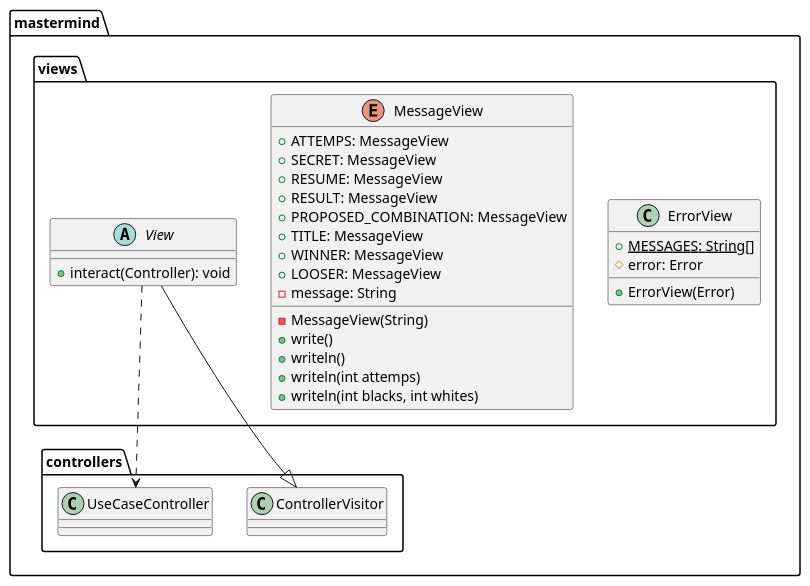
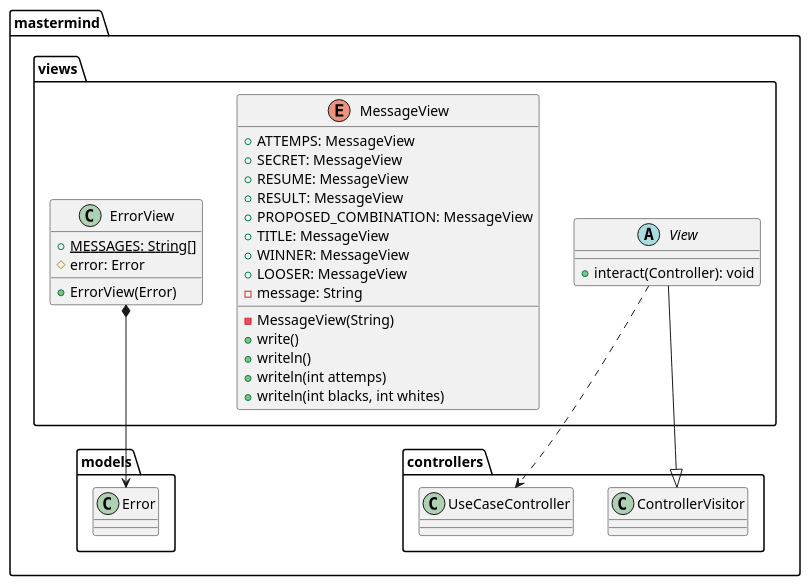
The diagram in docs/paqueteMastermindViews.iuml (jprieto92/mastermind-withDoubleDispatching), drawn with PlantUML before and after one commit. The commit also changed 1 other file, not shown here.

Commit message:
Fix ErrorView association

```diff
--- a/docs/paqueteMastermindViews.iuml
+++ b/docs/paqueteMastermindViews.iuml
@@ -1,30 +1,31 @@
 @startuml
 class  mastermind.views.ErrorView{
 + {static} MESSAGES: String[]
 # error: Error
 + ErrorView(Error)
 }
+mastermind.views.ErrorView *-down-> mastermind.models.Error
 
 enum  mastermind.views.MessageView{
 + ATTEMPS: MessageView 
 + SECRET: MessageView
 + RESUME: MessageView
 + RESULT: MessageView
 + PROPOSED_COMBINATION: MessageView
 + TITLE: MessageView
 + WINNER: MessageView
 + LOOSER: MessageView
 - message: String
 - MessageView(String)
 + write()
 + writeln()
 + writeln(int attemps)
 + writeln(int blacks, int whites)
 }
 
 abstract class  mastermind.views.View{
 + interact(Controller): void
 }
 mastermind.controllers.ControllerVisitor <|-down- mastermind.views.View
 mastermind.views.View ..> mastermind.controllers.UseCaseController
 @enduml
```
